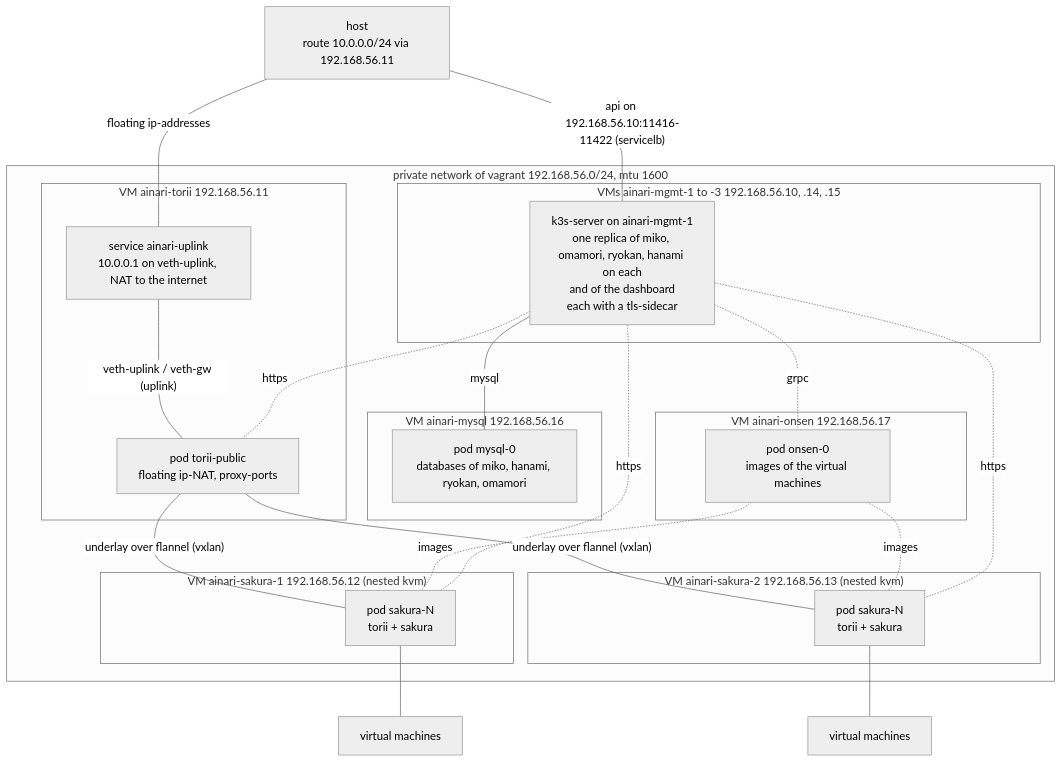
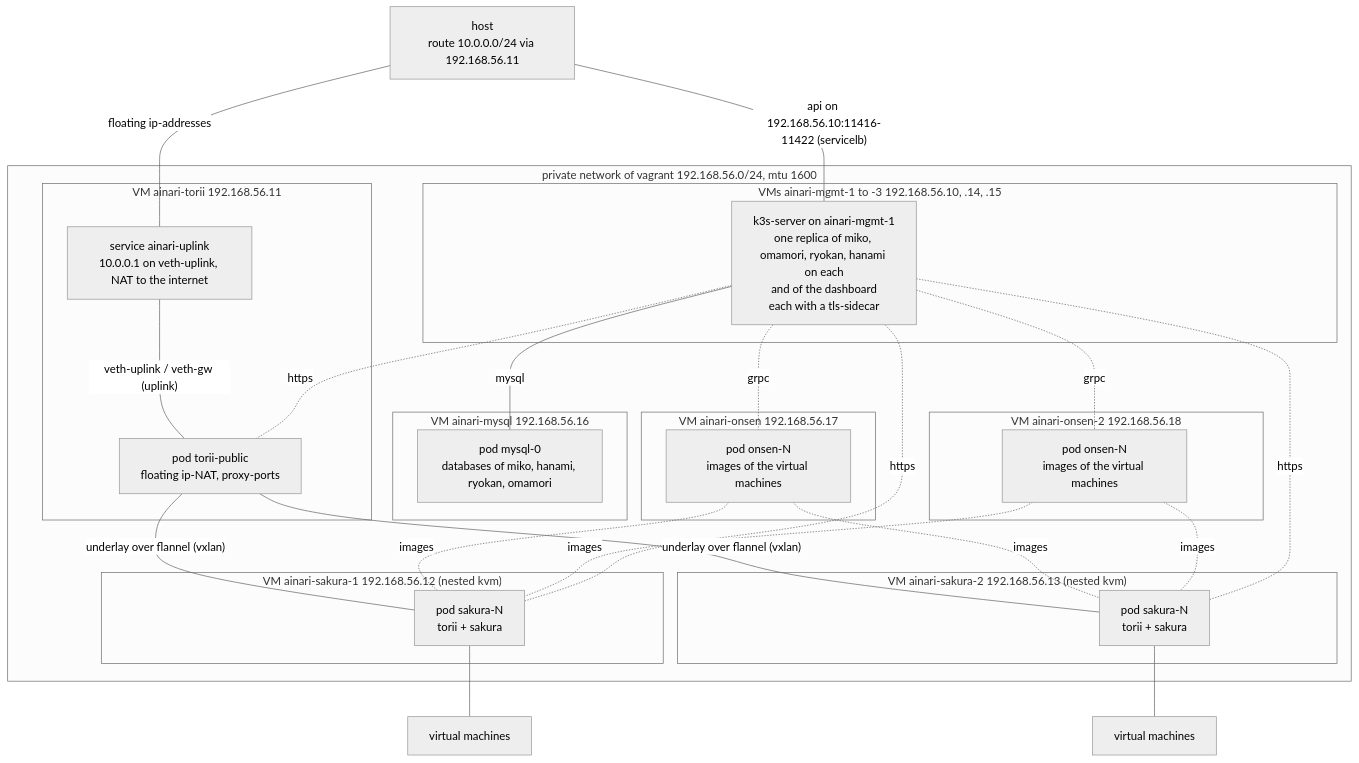
Before and after one commit to kitsudaiki/ainari: the diagram in docs/developer/local_testing/vagrant_setup.md, drawn with Mermaid (neutral theme). The commit also changed other lines of this file and 5 other files, not shown here.

````diff
--- a/docs/developer/local_testing/vagrant_setup.md
+++ b/docs/developer/local_testing/vagrant_setup.md
@@ -35,41 +38,47 @@
 ```mermaid
 flowchart TB
     host["host<br/>route 10.0.0.0/24 via 192.168.56.11"]
 
     subgraph net["private network of vagrant 192.168.56.0/24, mtu 1600"]
         subgraph mgmt["VMs ainari-mgmt-1 to -3 192.168.56.10, .14, .15"]
             control["k3s-server on ainari-mgmt-1<br/>one replica of miko, omamori, ryokan, hanami on each<br/>and of the dashboard<br/>each with a tls-sidecar"]
         end
         subgraph onsenvm["VM ainari-onsen 192.168.56.17"]
-            onsen["pod onsen-0<br/>images of the virtual machines"]
+            onsen["pod onsen-N<br/>images of the virtual machines"]
+        end
+        subgraph onsenvm2["VM ainari-onsen-2 192.168.56.18"]
+            onsen2["pod onsen-N<br/>images of the virtual machines"]
         end
         subgraph mysqlvm["VM ainari-mysql 192.168.56.16"]
             mysql["pod mysql-0<br/>databases of miko, hanami, ryokan, omamori"]
         end
         subgraph toriivm["VM ainari-torii 192.168.56.11"]
             uplink["service ainari-uplink<br/>10.0.0.1 on veth-uplink, NAT to the internet"]
             public["pod torii-public<br/>floating ip-NAT, proxy-ports"]
         end
         subgraph sak1["VM ainari-sakura-1 192.168.56.12 (nested kvm)"]
             pod0["pod sakura-N<br/>torii + sakura"]
         end
         subgraph sak2["VM ainari-sakura-2 192.168.56.13 (nested kvm)"]
             pod1["pod sakura-N<br/>torii + sakura"]
         end
     end
 
     host -- "api on 192.168.56.10:11416-11422 (servicelb)" --- control
     host -- "floating ip-addresses" --- uplink
     uplink -- "veth-uplink / veth-gw (uplink)" --- public
     public -- "underlay over flannel (vxlan)" --- pod0
     public -- "underlay over flannel (vxlan)" --- pod1
     pod0 --- vm0["virtual machines"]
     pod1 --- vm1["virtual machines"]
     control -- "mysql" --- mysql
     control -. "grpc" .- onsen
     onsen -. "images" .- pod0
     onsen -. "images" .- pod1
+    control -. "grpc" .- onsen2
+    onsen2 -. "images" .- pod0
+    onsen2 -. "images" .- pod1
     control -. "https" .- public
     control -. "https" .- pod0
     control -. "https" .- pod1
 ```
````
